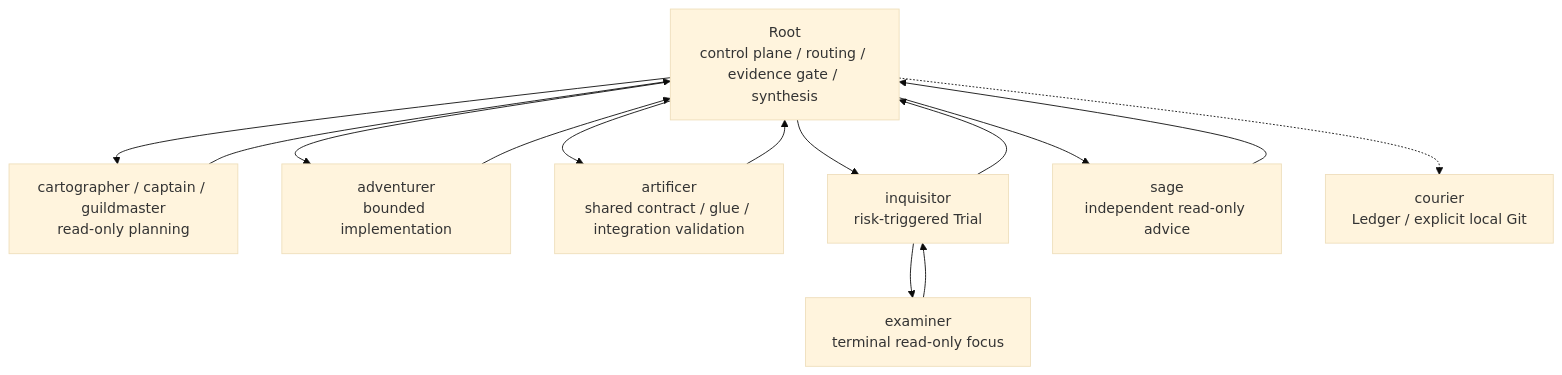
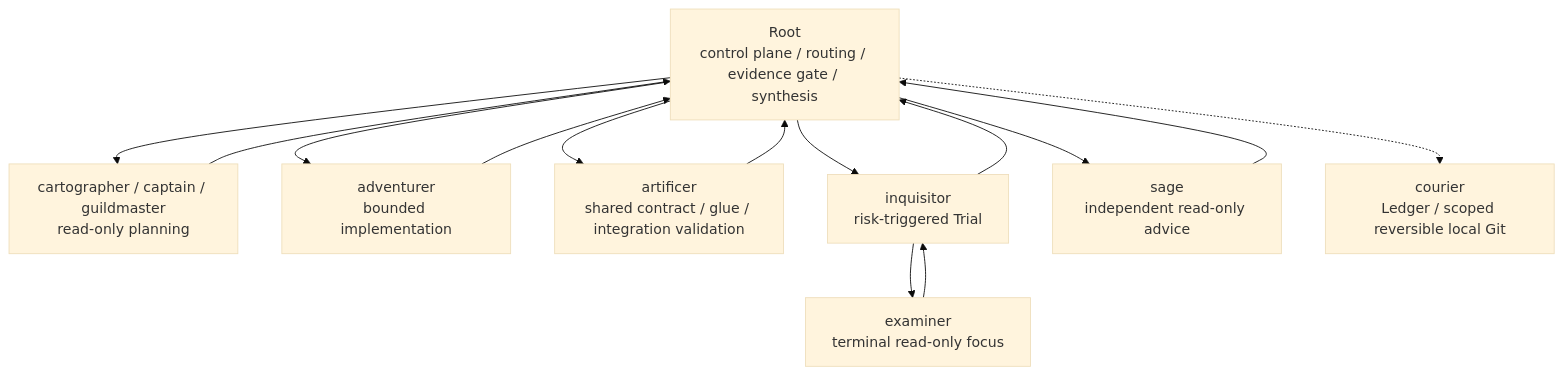
One commit to nir-nmttg/codex-guild-orchestra changed the diagram in docs/agent-deployment.md. Above: the diagram before and after it, drawn with Mermaid (base theme). The commit also changed other lines of this file and 13 other files, not shown here.

Commit message:
feat: tighten courier local git authority boundaries

````diff
--- a/docs/agent-deployment.md
+++ b/docs/agent-deployment.md
@@ -67,25 +67,25 @@
 ```mermaid
 flowchart TB
   root["Root\ncontrol plane / routing / evidence gate / synthesis"]
   plan["cartographer / captain / guildmaster\nread-only planning"]
   worker["adventurer\nbounded implementation"]
   integrate["artificer\nshared contract / glue / integration validation"]
   trial["inquisitor\nrisk-triggered Trial"]
   examiner["examiner\nterminal read-only focus"]
   sage["sage\nindependent read-only advice"]
-  courier["courier\nLedger / explicit local Git"]
+  courier["courier\nLedger / scoped reversible local Git"]
 
   root --> plan
   plan --> root
   root --> worker
   worker --> root
   root --> integrate
   integrate --> root
   root --> trial
   trial --> examiner
   examiner --> trial
   root --> sage
   sage --> root
   trial --> root
   root -.-> courier
 ```
````
